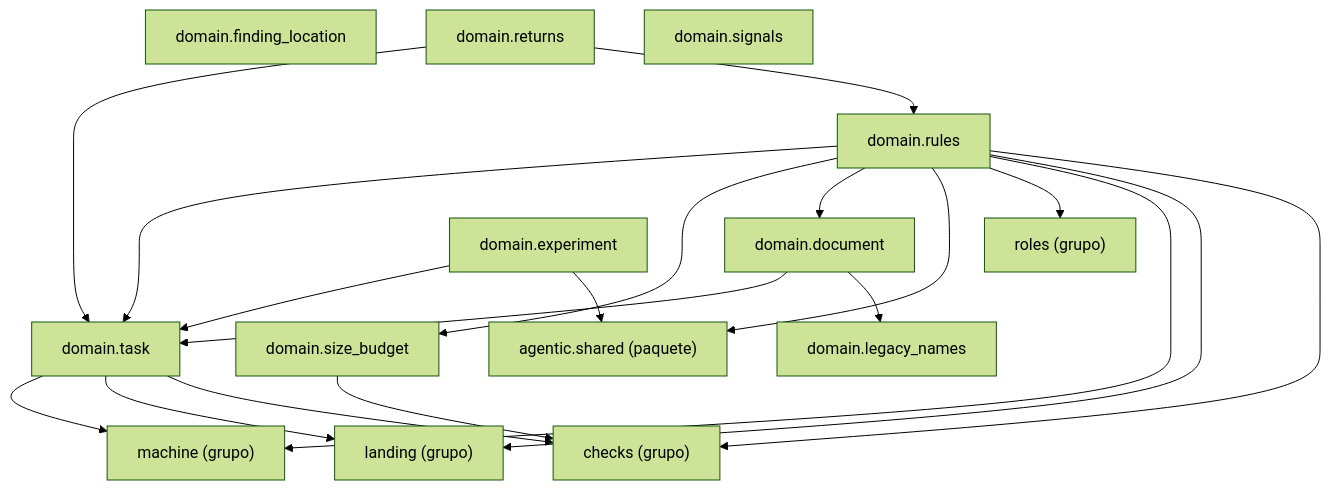
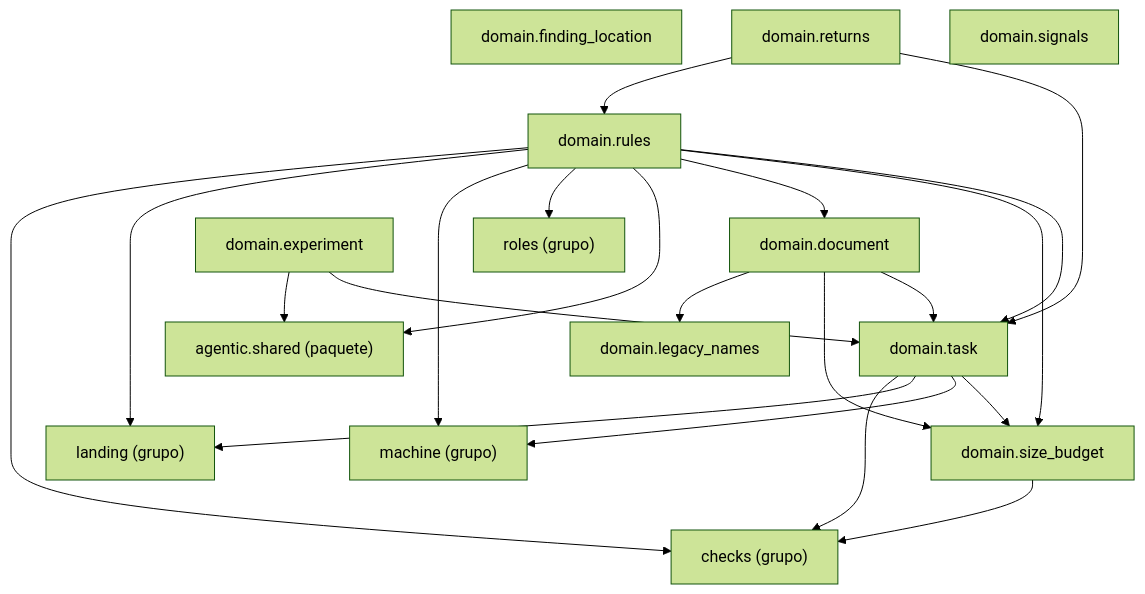
One commit to GonzaloZevallos/agentic-system changed the diagram in docs/architecture/generated/packages-process-domain-state.md. Above: the diagram before and after it, drawn with Mermaid (forest theme).

Commit message:
Regenerate the architecture page for the new size keys (GH-592)

````diff
--- a/docs/architecture/generated/packages-process-domain-state.md
+++ b/docs/architecture/generated/packages-process-domain-state.md
@@ -11,35 +11,37 @@
 ```mermaid
 graph TD
     g_domain__checks["checks (grupo)"]
     g_domain__landing["landing (grupo)"]
     g_domain__machine["machine (grupo)"]
     g_domain__roles["roles (grupo)"]
     g_pkg__agentic__shared["agentic.shared (paquete)"]
     m_domain__document["domain.document"]
     m_domain__experiment["domain.experiment"]
     m_domain__finding_location["domain.finding_location"]
     m_domain__legacy_names["domain.legacy_names"]
     m_domain__returns["domain.returns"]
     m_domain__rules["domain.rules"]
     m_domain__signals["domain.signals"]
     m_domain__size_budget["domain.size_budget"]
     m_domain__task["domain.task"]
     m_domain__document --> m_domain__legacy_names
+    m_domain__document --> m_domain__size_budget
     m_domain__document --> m_domain__task
     m_domain__experiment --> g_pkg__agentic__shared
     m_domain__experiment --> m_domain__task
     m_domain__returns --> m_domain__rules
     m_domain__returns --> m_domain__task
     m_domain__rules --> g_domain__checks
     m_domain__rules --> g_domain__landing
     m_domain__rules --> g_domain__machine
     m_domain__rules --> g_domain__roles
     m_domain__rules --> g_pkg__agentic__shared
     m_domain__rules --> m_domain__document
     m_domain__rules --> m_domain__size_budget
     m_domain__rules --> m_domain__task
     m_domain__size_budget --> g_domain__checks
     m_domain__task --> g_domain__checks
     m_domain__task --> g_domain__landing
     m_domain__task --> g_domain__machine
+    m_domain__task --> m_domain__size_budget
 ```
````
